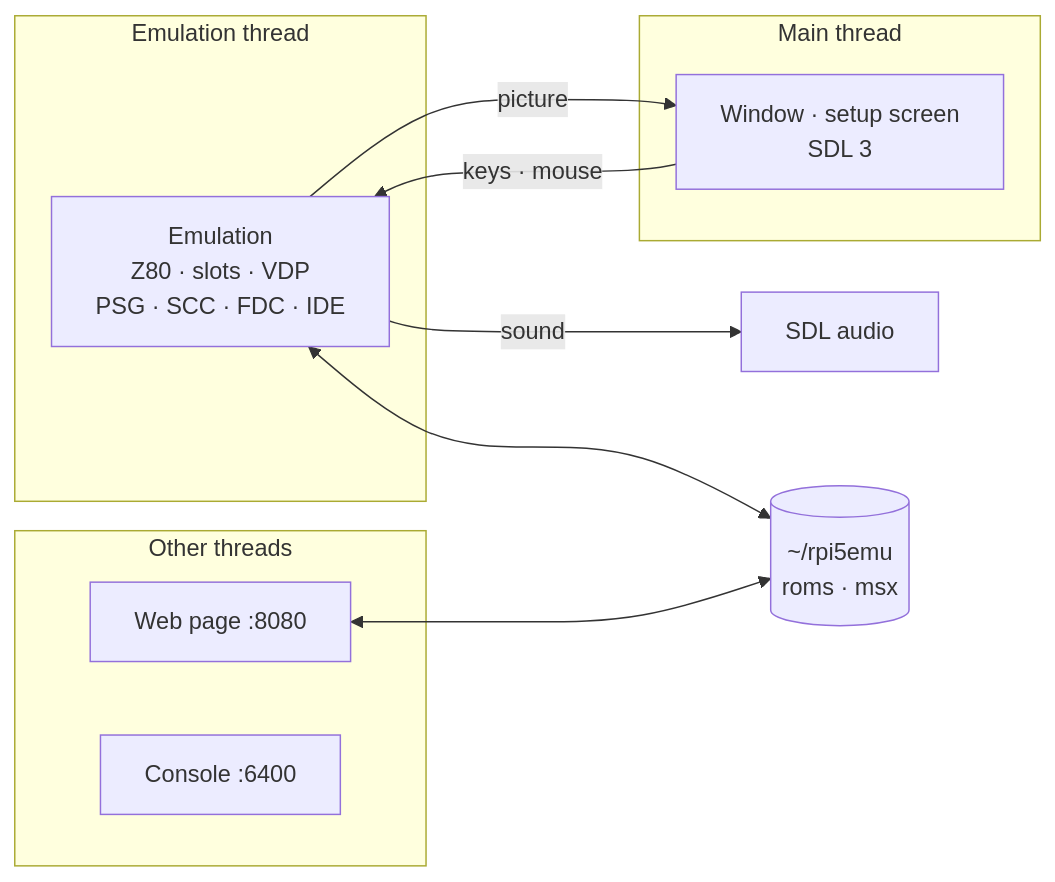
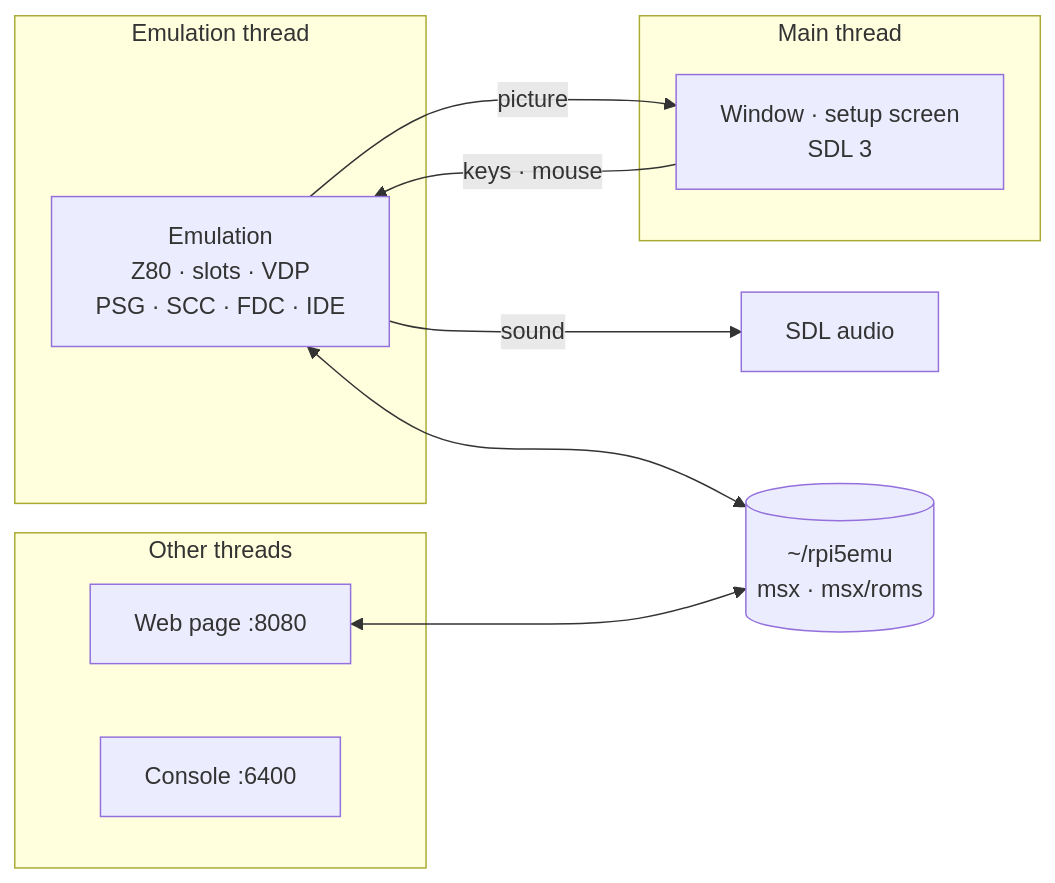
The diagram in README.md (rlucencic/sdlmsx), drawn with Mermaid before and after one commit. The commit also changed other lines of this file and 3 other files, not shown here.

First line of the commit message:
ROMs in ~/rpi5emu/msx/roms

````diff
--- a/README.md
+++ b/README.md
@@ -167,19 +167,19 @@
 ```mermaid
 flowchart LR
   subgraph emu [Emulation thread]
     EMU["Emulation<br>Z80 · slots · VDP<br>PSG · SCC · FDC · IDE"]
   end
   subgraph main [Main thread]
     WIN["Window · setup screen<br>SDL 3"]
   end
   subgraph others [Other threads]
     WEB[Web page :8080]
     CON[Console :6400]
   end
   EMU -- picture --> WIN
   EMU -- sound --> SND[SDL audio]
   WIN -- keys · mouse --> EMU
-  DATA[("~/rpi5emu<br>roms · msx")]
+  DATA[("~/rpi5emu<br>msx · msx/roms")]
   EMU <--> DATA
   WEB <--> DATA
 ```
````
